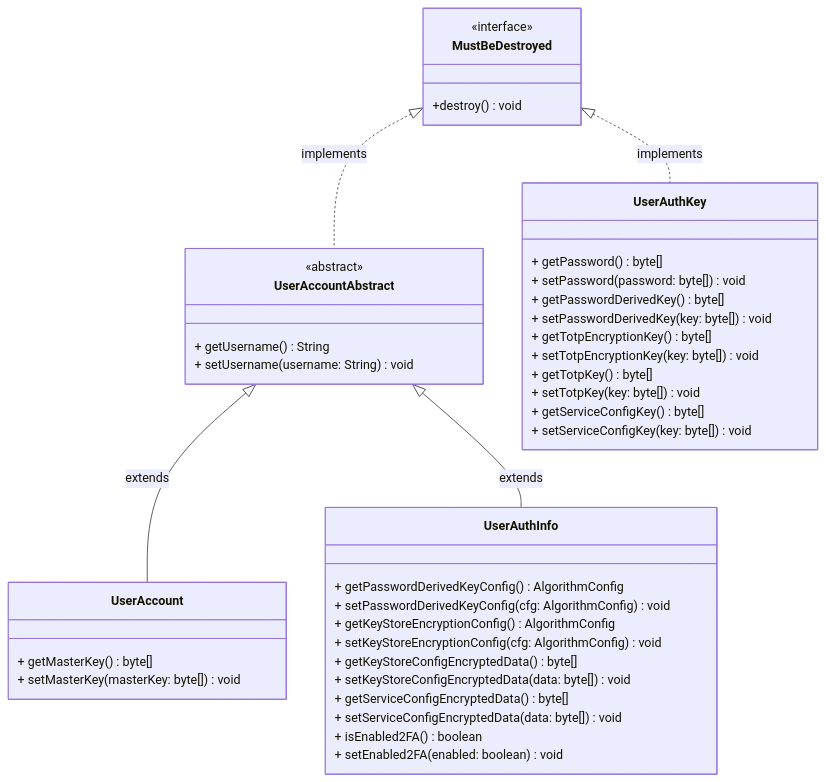
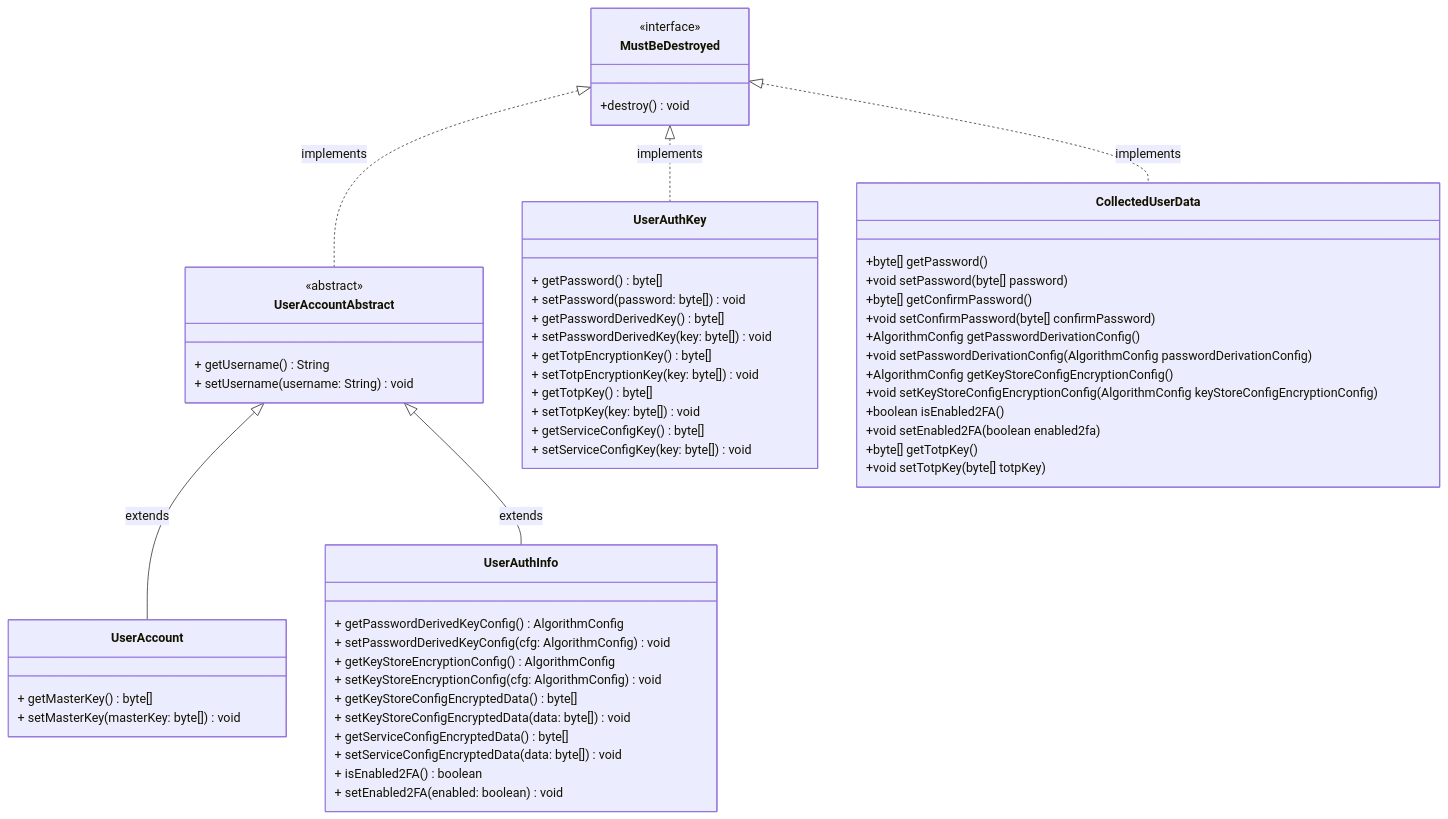
One commit to ZY-UNIVERSITA/Progetto-OOP changed the seventh of 8 diagrams in Report.md. Above: the diagram before and after it, drawn with Mermaid. The commit also changed other lines of this file and 1 other file, not shown here.

````diff
--- a/Report.md
+++ b/Report.md
@@ -322,56 +322,72 @@
 ```mermaid
 
 classDiagram
 
-%% Interface
+%% Interfaces
 class MustBeDestroyed {
   <<interface>>
   +destroy() void
 }
 
 %% Abstract classes
 class UserAccountAbstract {
   <<abstract>>
   + getUsername() String
   + setUsername(username: String) void
 }
 
 %% Concrete classes
 class UserAccount {
   + getMasterKey() byte[]
   + setMasterKey(masterKey: byte[]) void
 }
 
 class UserAuthInfo {
   + getPasswordDerivedKeyConfig() AlgorithmConfig
   + setPasswordDerivedKeyConfig(cfg: AlgorithmConfig) void
   + getKeyStoreEncryptionConfig() AlgorithmConfig
   + setKeyStoreEncryptionConfig(cfg: AlgorithmConfig) void
   + getKeyStoreConfigEncryptedData() byte[]
   + setKeyStoreConfigEncryptedData(data: byte[]) void
   + getServiceConfigEncryptedData() byte[]
   + setServiceConfigEncryptedData(data: byte[]) void
   + isEnabled2FA() boolean
   + setEnabled2FA(enabled: boolean) void
 }
 
 class UserAuthKey {
   + getPassword() byte[]
   + setPassword(password: byte[]) void
   + getPasswordDerivedKey() byte[]
   + setPasswordDerivedKey(key: byte[]) void
   + getTotpEncryptionKey() byte[]
   + setTotpEncryptionKey(key: byte[]) void
   + getTotpKey() byte[]
   + setTotpKey(key: byte[]) void
   + getServiceConfigKey() byte[]
   + setServiceConfigKey(key: byte[]) void
 }
 
+class CollectedUserData {
+    +byte[] getPassword()
+    +void setPassword(byte[] password)
+    +byte[] getConfirmPassword()
+    +void setConfirmPassword(byte[] confirmPassword)
+    +AlgorithmConfig getPasswordDerivationConfig()
+    +void setPasswordDerivationConfig(AlgorithmConfig passwordDerivationConfig)
+    +AlgorithmConfig getKeyStoreConfigEncryptionConfig()
+    +void setKeyStoreConfigEncryptionConfig(AlgorithmConfig keyStoreConfigEncryptionConfig)
+    +boolean isEnabled2FA()
+    +void setEnabled2FA(boolean enabled2fa)
+    +byte[] getTotpKey()
+    +void setTotpKey(byte[] totpKey)
+}
+
 %% Relationships
 MustBeDestroyed <|.. UserAccountAbstract : implements
+MustBeDestroyed <|.. UserAuthKey : implements
+MustBeDestroyed <|.. CollectedUserData: implements
 UserAccountAbstract <|-- UserAccount : extends
 UserAccountAbstract <|-- UserAuthInfo : extends
-MustBeDestroyed <|.. UserAuthKey : implements
 
 ```
````
